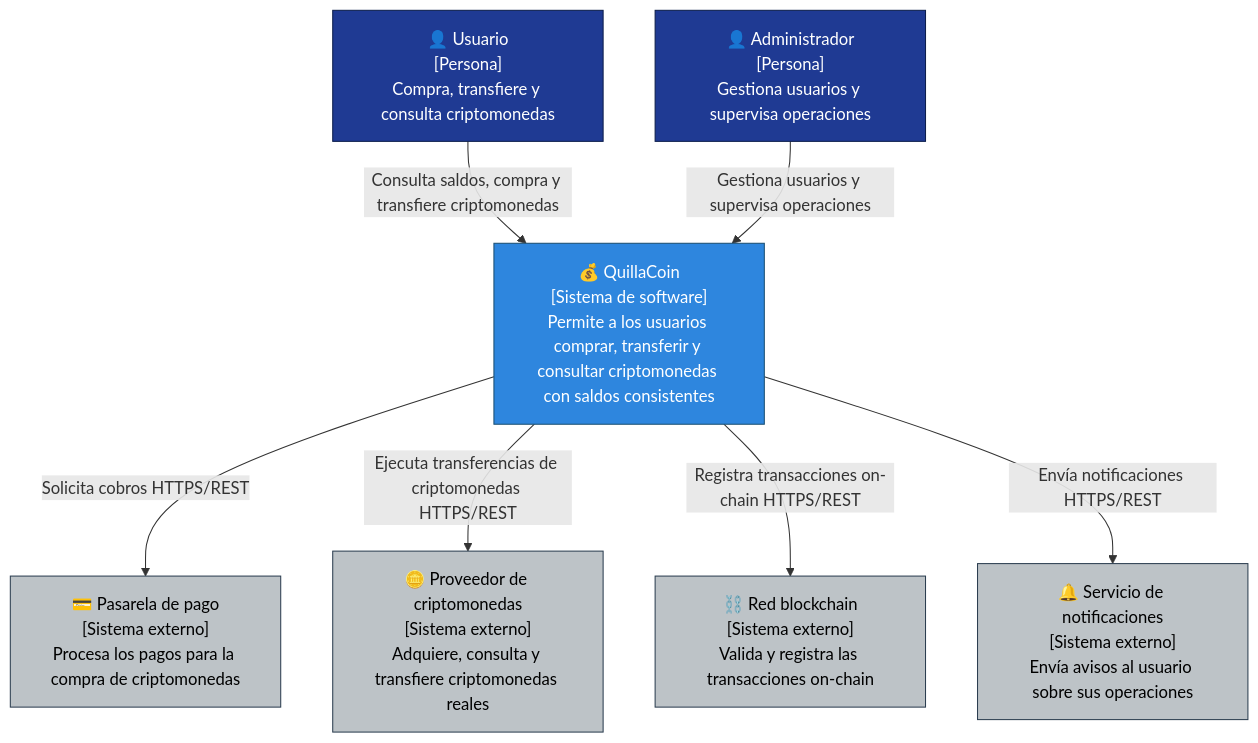
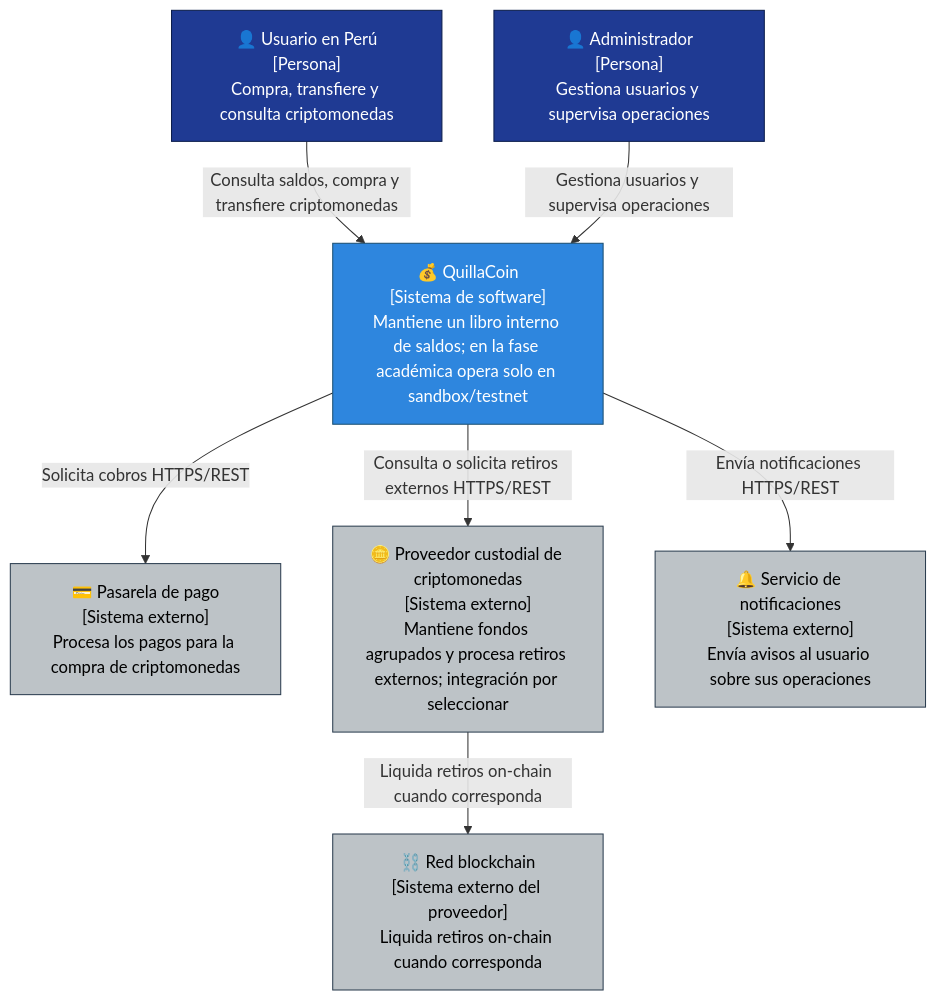
One commit to B3L70N/Flexcoin-arquitSoft-02-Jordy-Huaman changed the diagram in docs/04-modelo-c4/Nivel1-DiagramadeContextodelSistema.md. Above: the diagram before and after it, drawn with Mermaid. The commit also changed other lines of this file and 20 other files, not shown here.

````diff
--- a/docs/04-modelo-c4/Nivel1-DiagramadeContextodelSistema.md
+++ b/docs/04-modelo-c4/Nivel1-DiagramadeContextodelSistema.md
@@ -23,28 +23,28 @@
 ```mermaid
 flowchart TB
-    Usuario["👤 Usuario<br/>[Persona]<br/>Compra, transfiere y consulta criptomonedas"]
+    Usuario["👤 Usuario en Perú<br/>[Persona]<br/>Compra, transfiere y consulta criptomonedas"]
     Admin["👤 Administrador<br/>[Persona]<br/>Gestiona usuarios y supervisa operaciones"]
 
-    QuillaCoin["💰 QuillaCoin<br/>[Sistema de software]<br/>Permite a los usuarios comprar, transferir y consultar criptomonedas con saldos consistentes"]
+    QuillaCoin["💰 QuillaCoin<br/>[Sistema de software]<br/>Mantiene un libro interno de saldos; en la fase académica opera solo en sandbox/testnet"]
 
     Pasarela["💳 Pasarela de pago<br/>[Sistema externo]<br/>Procesa los pagos para la compra de criptomonedas"]
-    Proveedor["🪙 Proveedor de criptomonedas<br/>[Sistema externo]<br/>Adquiere, consulta y transfiere criptomonedas reales"]
-    Blockchain["⛓️ Red blockchain<br/>[Sistema externo]<br/>Valida y registra las transacciones on-chain"]
+    Proveedor["🪙 Proveedor custodial de criptomonedas<br/>[Sistema externo]<br/>Mantiene fondos agrupados y procesa retiros externos; integración por seleccionar"]
+    Blockchain["⛓️ Red blockchain<br/>[Sistema externo del proveedor]<br/>Liquida retiros on-chain cuando corresponda"]
     Notif["🔔 Servicio de notificaciones<br/>[Sistema externo]<br/>Envía avisos al usuario sobre sus operaciones"]
 
     Usuario -->|Consulta saldos, compra y transfiere criptomonedas| QuillaCoin
     Admin -->|Gestiona usuarios y supervisa operaciones| QuillaCoin
 
     QuillaCoin -->|Solicita cobros HTTPS/REST| Pasarela
-    QuillaCoin -->|Ejecuta transferencias de criptomonedas HTTPS/REST| Proveedor
-    QuillaCoin -->|Registra transacciones on-chain HTTPS/REST| Blockchain
+    QuillaCoin -->|Consulta o solicita retiros externos HTTPS/REST| Proveedor
+    Proveedor -->|Liquida retiros on-chain cuando corresponda| Blockchain
     QuillaCoin -->|Envía notificaciones HTTPS/REST| Notif
 
     style Usuario fill:#1f3a93,stroke:#0d1e4c,color:#ffffff
     style Admin fill:#1f3a93,stroke:#0d1e4c,color:#ffffff
     style QuillaCoin fill:#2e86de,stroke:#1b4f72,color:#ffffff
     style Pasarela fill:#bdc3c7,stroke:#2c3e50,color:#000000
     style Proveedor fill:#bdc3c7,stroke:#2c3e50,color:#000000
     style Blockchain fill:#bdc3c7,stroke:#2c3e50,color:#000000
     style Notif fill:#bdc3c7,stroke:#2c3e50,color:#000000
 ```
````
